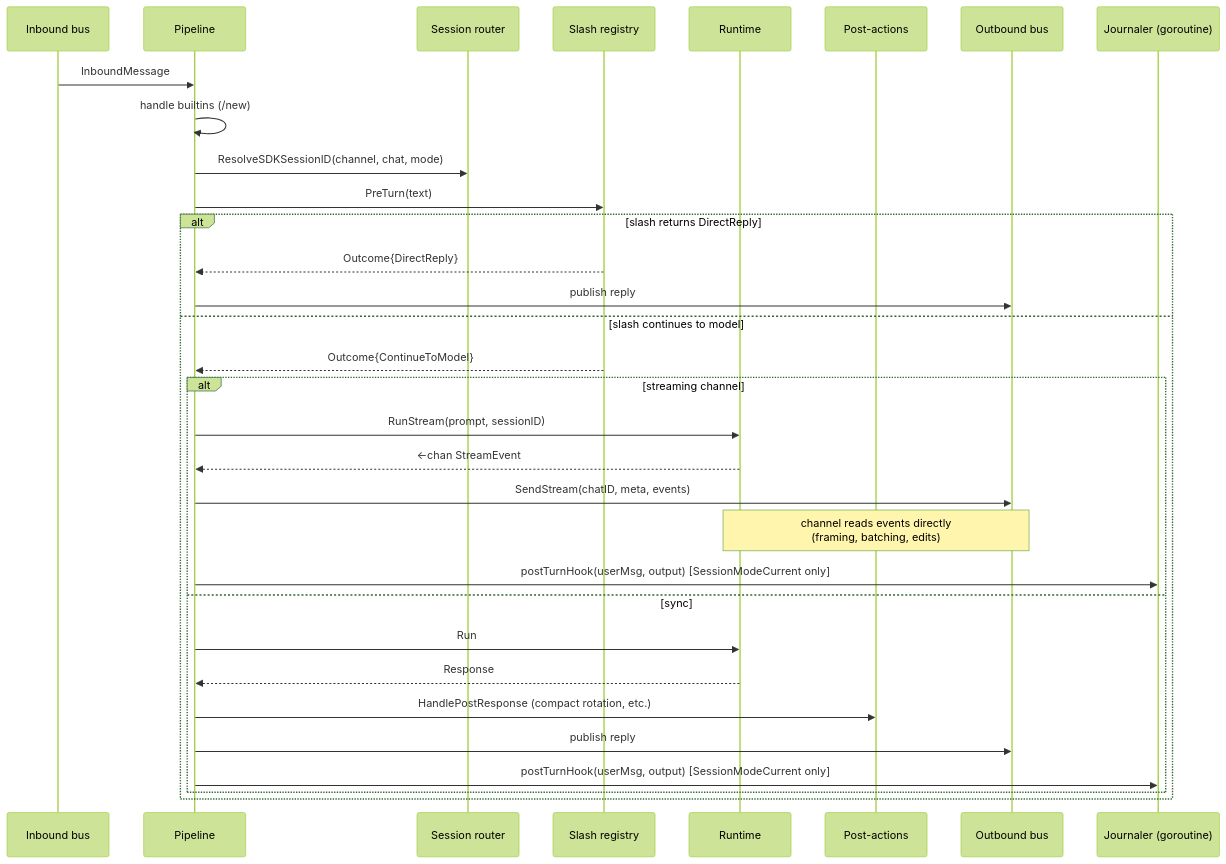
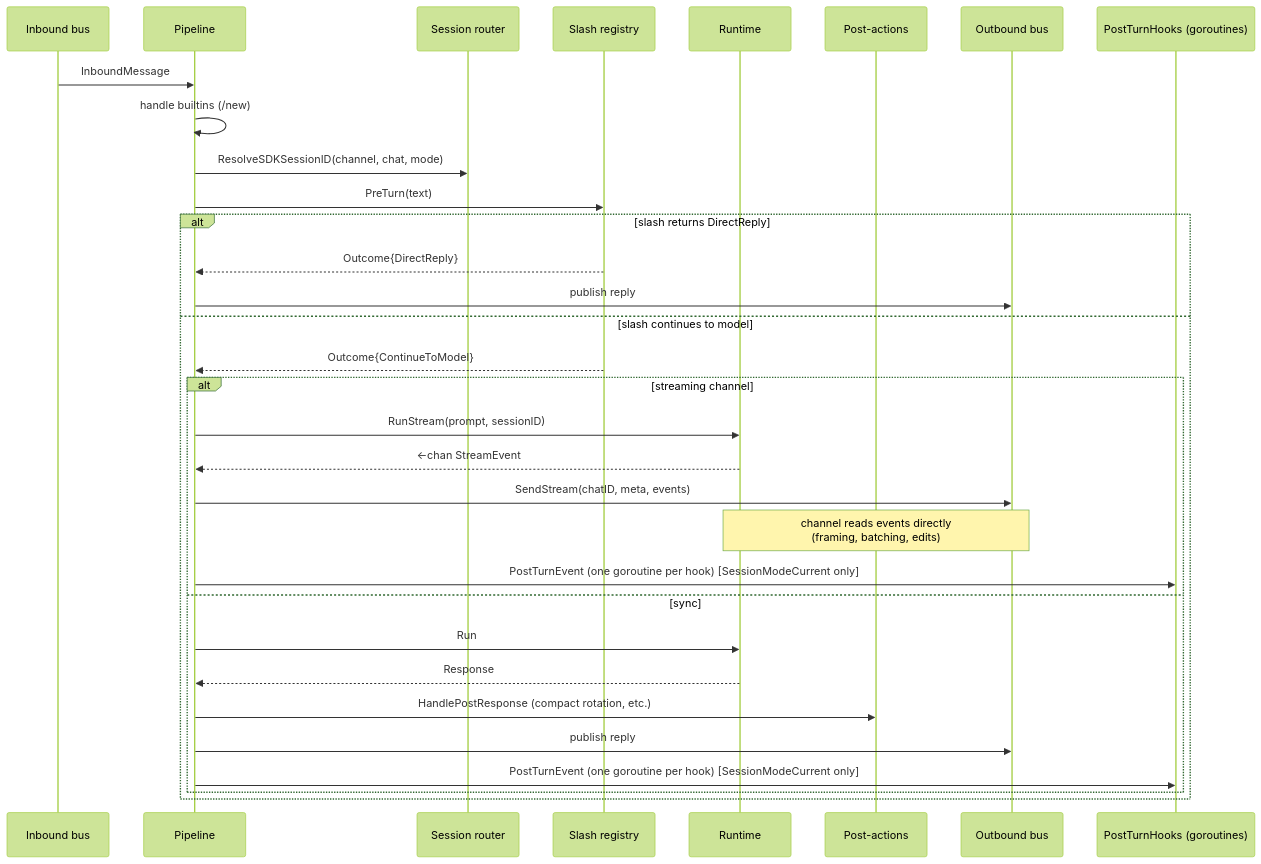
One commit to ageneralai/maven changed the diagram in docs/concepts/pipeline.md. Above: the diagram before and after it, drawn with Mermaid (forest theme). The commit also changed other lines of this file, not shown here.

First line of the commit message:
docs(pipeline): update post-turn hooks documentation for clarity and accuracy

````diff
--- a/docs/concepts/pipeline.md
+++ b/docs/concepts/pipeline.md
@@ -23,34 +23,34 @@
 ```mermaid
 sequenceDiagram
     participant Bus as Inbound bus
     participant P as Pipeline
     participant Sess as Session router
     participant Slash as Slash registry
     participant RT as Runtime
     participant Post as Post-actions
     participant Out as Outbound bus
-    participant J as Journaler (goroutine)
+    participant H as PostTurnHooks (goroutines)
     Bus->>P: InboundMessage
     P->>P: handle builtins (/new)
     P->>Sess: ResolveSDKSessionID(channel, chat, mode)
     P->>Slash: PreTurn(text)
     alt slash returns DirectReply
         Slash-->>P: Outcome{DirectReply}
         P->>Out: publish reply
     else slash continues to model
         Slash-->>P: Outcome{ContinueToModel}
         alt streaming channel
             P->>RT: RunStream(prompt, sessionID)
             RT-->>P: <-chan StreamEvent
             P->>Out: SendStream(chatID, meta, events)
             Note over Out,RT: channel reads events directly<br/>(framing, batching, edits)
-            P->>J: postTurnHook(userMsg, output) [SessionModeCurrent only]
+            P->>H: PostTurnEvent (one goroutine per hook) [SessionModeCurrent only]
         else sync
             P->>RT: Run
             RT-->>P: Response
             P->>Post: HandlePostResponse (compact rotation, etc.)
             P->>Out: publish reply
-            P->>J: postTurnHook(userMsg, output) [SessionModeCurrent only]
+            P->>H: PostTurnEvent (one goroutine per hook) [SessionModeCurrent only]
         end
     end
 ```
````
